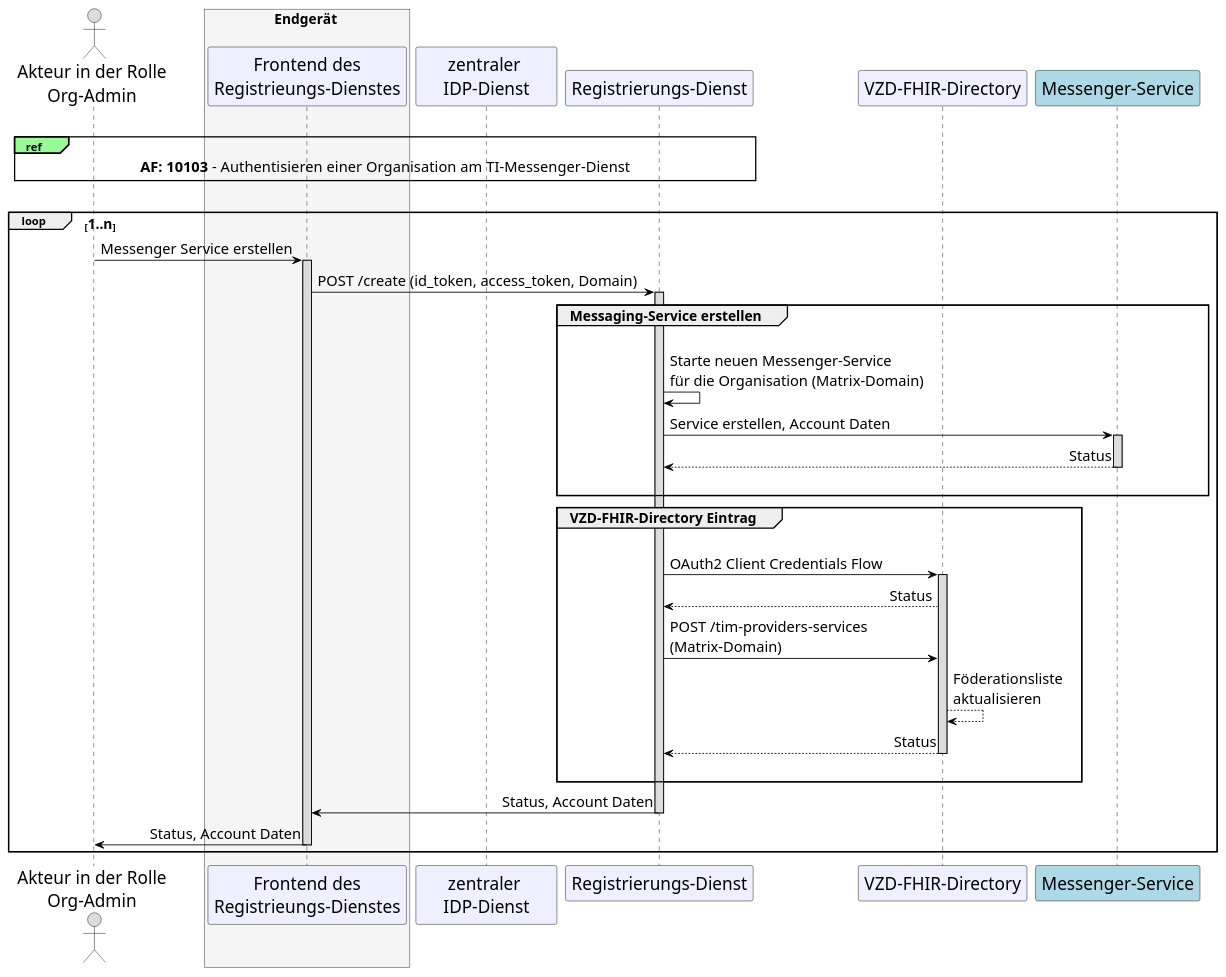
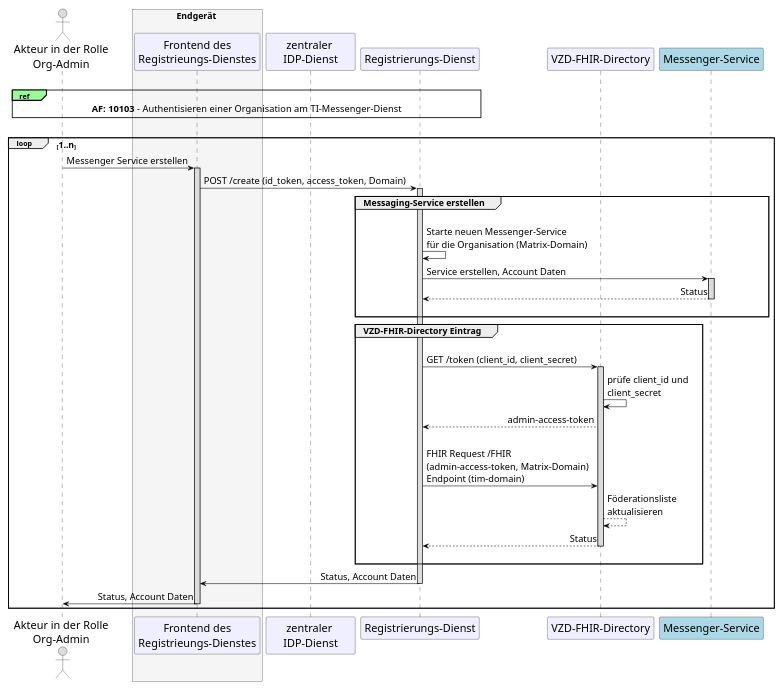
One commit to gematik/api-ti-messenger changed the diagram in src/plantuml/TI-Messenger-Dienst/Ressourcen/UC_10060_Seq.puml. Above: the diagram before and after it, drawn with PlantUML.

```diff
--- a/src/plantuml/TI-Messenger-Dienst/Ressourcen/UC_10060_Seq.puml
+++ b/src/plantuml/TI-Messenger-Dienst/Ressourcen/UC_10060_Seq.puml
@@ -9,76 +9,78 @@
 @startuml
 skinparam sequenceMessageAlign direction
 skinparam WrapWidth 300
 skinparam minClassWidth 150
 skinparam BoxPadding 1
 skinparam sequenceReferenceHeaderBackgroundColor palegreen
-scale max 2048 width
+scale max 900 width
 
 skinparam sequence {
 ArrowColor black
 ArrowFontSize 17
 ActorBorderColor black
 LifeLineBorderColor black
 LifeLineBackgroundColor Gainsboro
 
 ParticipantBorderColor Motivation
 ParticipantBackgroundColor Motivation
 ParticipantFontName Impact
 ParticipantFontSize 20
 ParticipantFontColor black
 ParticipantBorderColor Black
 ParticipantBackgroundColor MOTIVATION
 
 ActorBackgroundColor Gainsboro
 ActorFontColor black
 ActorFontSize 20
 ActorFontName Aapex
 }
     actor U as "Akteur in der Rolle\nOrg-Admin"
       box <size:16>Endgerät</size> #WhiteSmoke
         participant C as "Frontend des\nRegistrieungs-Dienstes"
       end box
     participant I as "zentraler \nIDP-Dienst"
     participant R as "Registrierungs-Dienst"
     participant VZD as "VZD-FHIR-Directory"
     participant MS as "Messenger-Service" #LightBlue
 
 |||
 ref over U, R: <size:17>**AF: 10103** - Authentisieren einer Organisation  am TI-Messenger-Dienst</size> 
 |||
 
 loop <size:16>1..n</size>
   U->C: Messenger Service erstellen
   Activate C
   C->R: POST /create (id_token, access_token, Domain)
     Activate R
     
     group <size:16>Messaging-Service erstellen</size>
     |||
       R->R: Starte neuen Messenger-Service \nfür die Organisation (Matrix-Domain)
       R->MS: Service erstellen, Account Daten
         Activate MS
       MS-->R: Status
         Deactivate MS
     |||
     end
     
     group <size:16>VZD-FHIR-Directory Eintrag</size>
     |||
-      R->VZD: OAuth2 Client Credentials Flow
+      R->VZD: GET /token (client_id, client_secret)
         Activate VZD
-      VZD-->R: Status
-      R->VZD: POST /tim-providers-services \n(Matrix-Domain)
+      VZD->VZD: prüfe client_id und \nclient_secret
+      VZD-->R: admin-access-token
+      |||
+      R->VZD: FHIR Request /FHIR \n(admin-access-token, Matrix-Domain)\nEndpoint (tim-domain)
       VZD-->VZD: Föderationsliste\naktualisieren
       VZD-->R: Status
         Deactivate VZD
     |||
     end
 
   R->C: Status, Account Daten
     Deactivate R
   C->U: Status, Account Daten
     Deactivate C
 end
 
 @enduml
```
